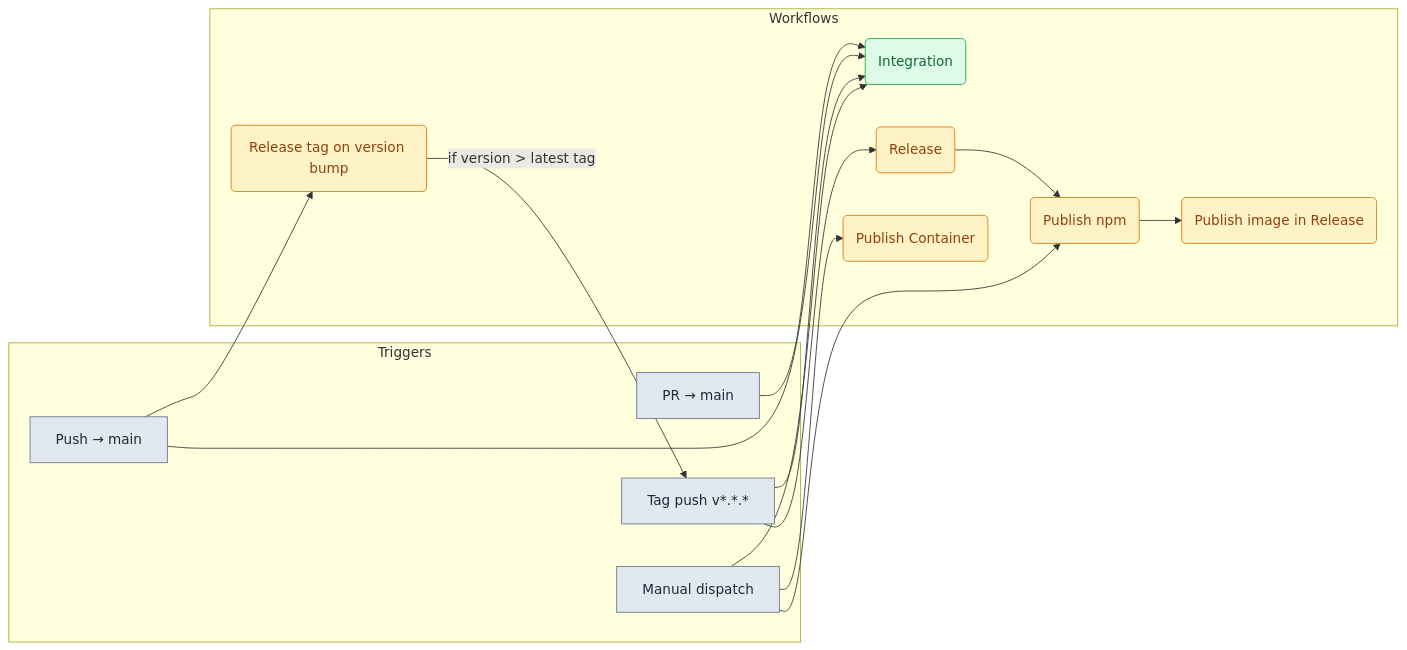
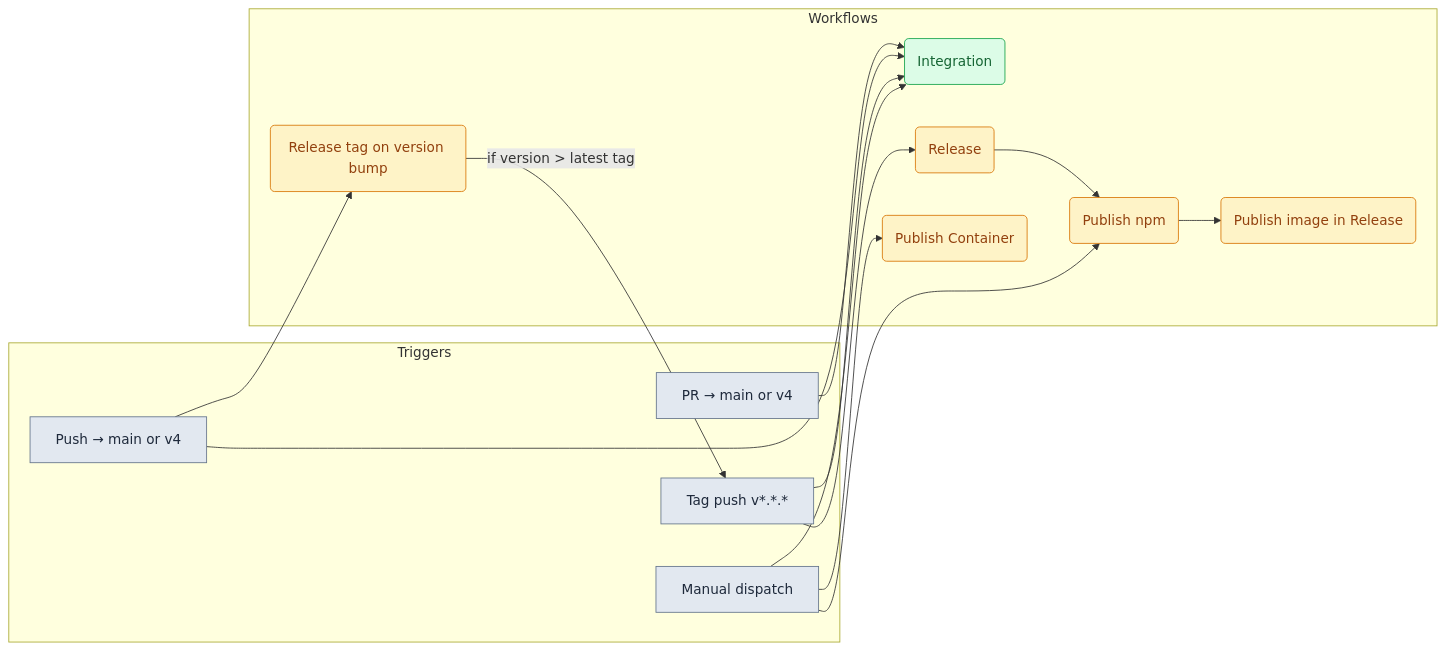
Before and after one commit to debian777/kairos-mcp: the first of 3 diagrams in .github/workflows/README.md, drawn with Mermaid. The commit also changed other lines of this file and 1 other file, not shown here.

Commit message:
ci: run Integration on v4 so beta releases get tagged
Release tag on version bump only runs after a successful Integration
workflow. Integration was limited to main, so merges to v4 never
produced v4.0.0-beta.* tags or downstream Release runs.

````diff
--- a/.github/workflows/README.md
+++ b/.github/workflows/README.md
@@ -5,37 +5,37 @@
 ```mermaid
 flowchart LR
   subgraph triggers["Triggers"]
-    PR[PR → main]
-    PUSH[Push → main]
+    PR[PR → main or v4]
+    PUSH[Push → main or v4]
     TAG[Tag push v*.*.*]
     MANUAL[Manual dispatch]
   end
 
   subgraph workflows["Workflows"]
     INT(Integration)
     RTAG(Release tag on version bump)
     REL(Release)
     PNPM(Publish npm)
     PIMG(Publish image in Release)
     PCONT(Publish Container)
   end
 
   PR --> INT
   PUSH --> INT
   PUSH --> RTAG
   TAG --> INT
   TAG --> REL
   RTAG -->|"if version > latest tag"| TAG
   REL --> PNPM
   PNPM --> PIMG
   MANUAL --> INT
   MANUAL --> PNPM
   MANUAL --> PCONT
 
   classDef trigger fill:#e2e8f0,stroke:#64748b,color:#1e293b
   classDef integration fill:#dcfce7,stroke:#16a34a,color:#166534
   classDef release fill:#fef3c7,stroke:#d97706,color:#92400e
   class PR,PUSH,TAG,MANUAL trigger
   class INT integration
   class RTAG,REL,PNPM,PIMG,PCONT release
 ```
````
